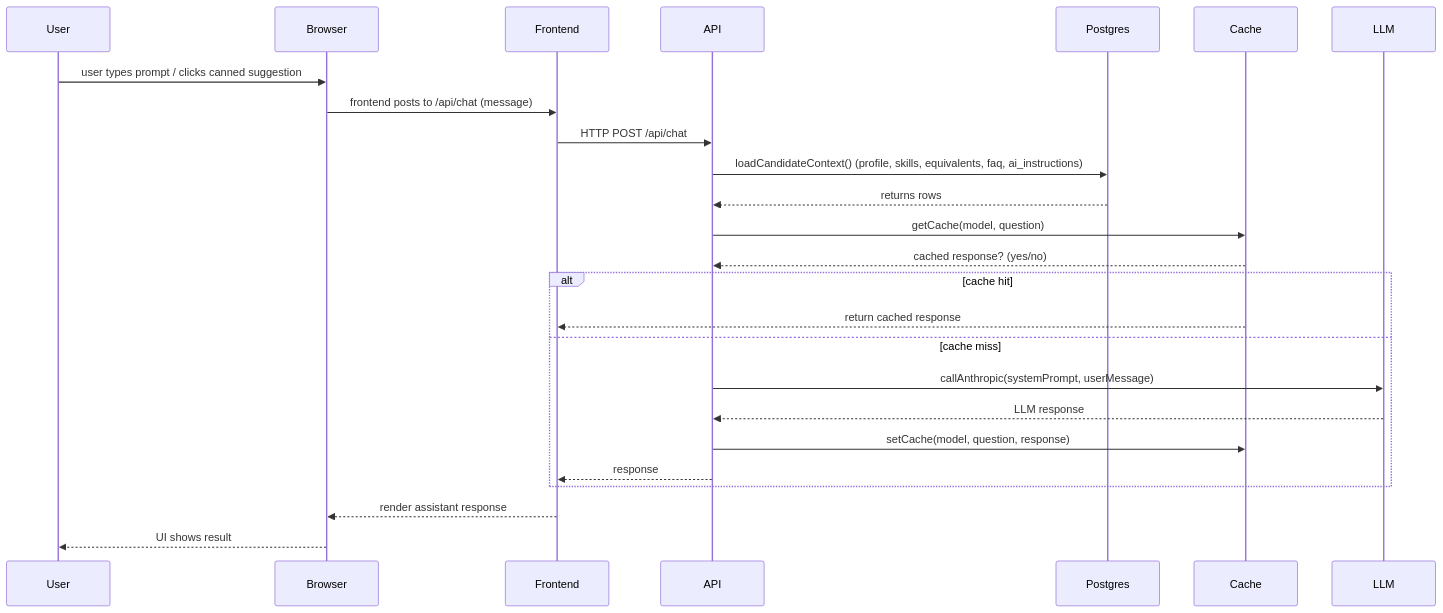
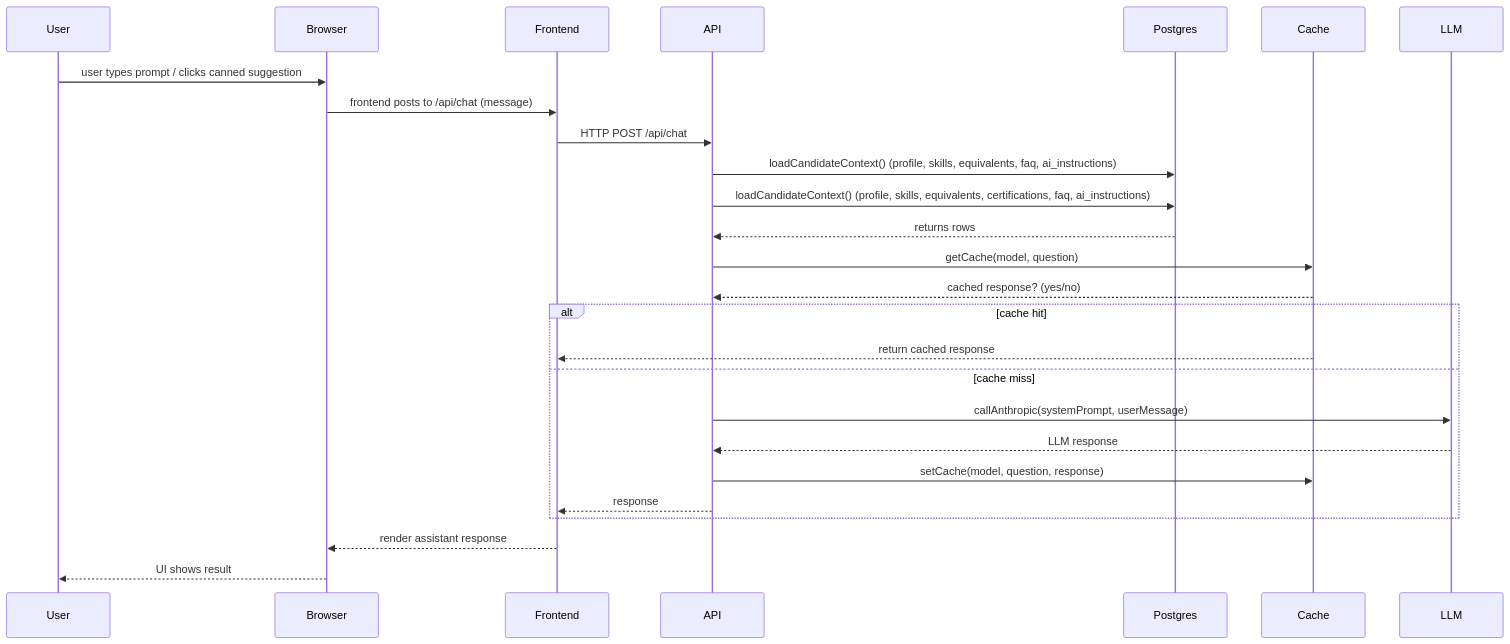
Before and after one commit to devgoon/me: the second of 5 diagrams in docs/DESIGN.md, drawn with Mermaid. The commit also changed other lines of this file and 3 other files, not shown here.

````diff
--- a/docs/DESIGN.md
+++ b/docs/DESIGN.md
@@ -39,28 +34,29 @@
 ```mermaid
 sequenceDiagram
   participant U as User
   participant B as Browser
   participant F as Frontend
   participant A as API
   participant DB as Postgres
   participant C as Cache
   participant L as LLM
 
   U->>B: user types prompt / clicks canned suggestion
   B->>F: frontend posts to /api/chat (message)
   F->>A: HTTP POST /api/chat
   A->>DB: loadCandidateContext() (profile, skills, equivalents, faq, ai_instructions)
+  A->>DB: loadCandidateContext() (profile, skills, equivalents, certifications, faq, ai_instructions)
   DB-->>A: returns rows
   A->>C: getCache(model, question)
   C-->>A: cached response? (yes/no)
   alt cache hit
     C-->>F: return cached response
   else cache miss
     A->>L: callAnthropic(systemPrompt, userMessage)
     L-->>A: LLM response
     A->>C: setCache(model, question, response)
     A-->>F: response
   end
   F-->>B: render assistant response
   B-->>U: UI shows result
 ```
````
